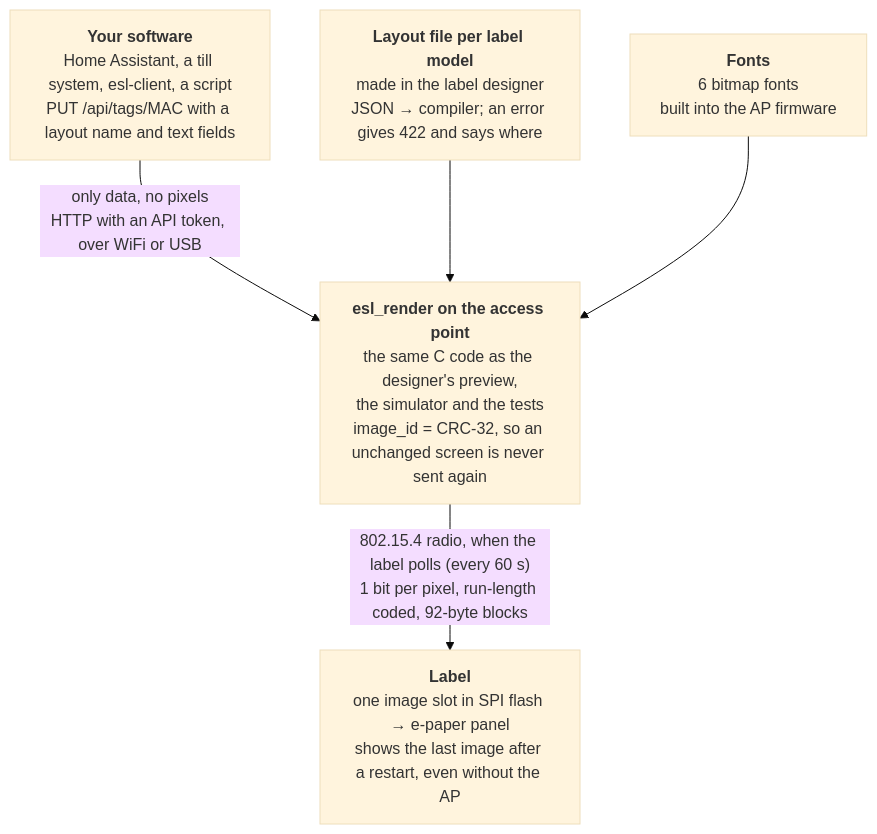
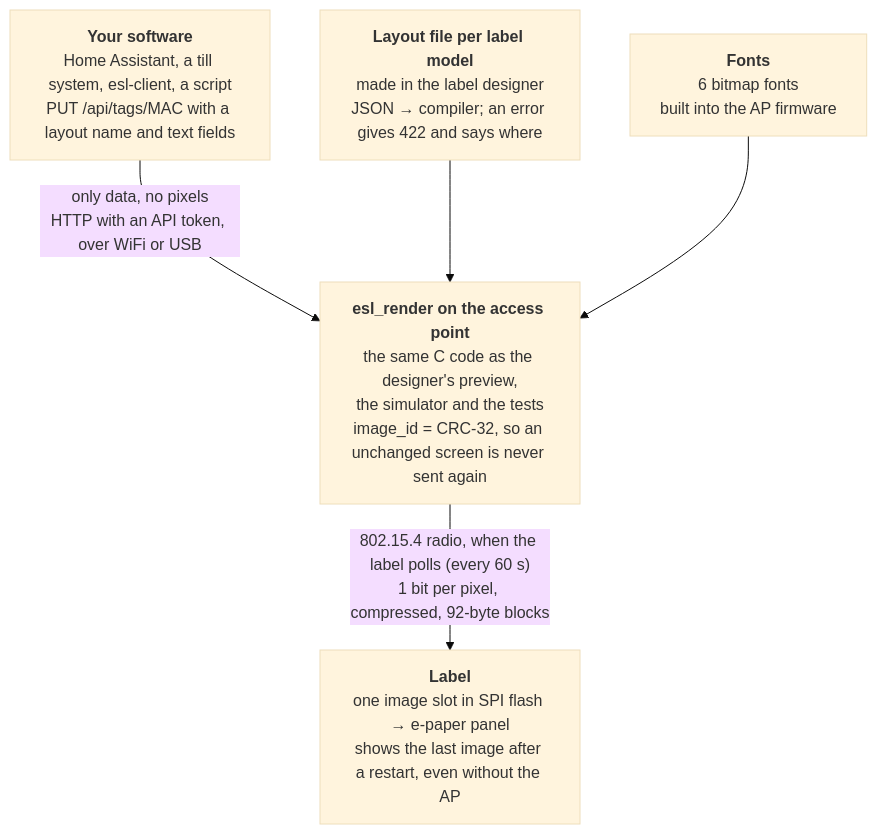
The diagram in wiki/Home.md (mathiasbk/openESL), drawn with Mermaid (base theme) before and after one commit. The commit also changed 23 other files, not shown here.

````diff
--- a/wiki/Home.md
+++ b/wiki/Home.md
@@ -15,12 +15,12 @@
 ```mermaid
 flowchart TB
     client["<b>Your software</b><br/>Home Assistant, a till system, esl-client, a script<br/>PUT /api/tags/MAC with a layout name and text fields"]
     layout["<b>Layout file per label model</b><br/>made in the label designer<br/>JSON → compiler; an error gives 422 and says where"]
     fonts["<b>Fonts</b><br/>6 bitmap fonts<br/>built into the AP firmware"]
     render["<b>esl_render on the access point</b><br/>the same C code as the designer's preview,<br/>the simulator and the tests<br/>image_id = CRC-32, so an unchanged screen is never sent again"]
     label["<b>Label</b><br/>one image slot in SPI flash → e-paper panel<br/>shows the last image after a restart, even without the AP"]
     client -- "only data, no pixels<br/>HTTP with an API token, over WiFi or USB" --> render
     layout --> render
     fonts --> render
-    render -- "802.15.4 radio, when the label polls (every 60 s)<br/>1 bit per pixel, run-length coded, 92-byte blocks" --> label
+    render -- "802.15.4 radio, when the label polls (every 60 s)<br/>1 bit per pixel, compressed, 92-byte blocks" --> label
 ```
````
